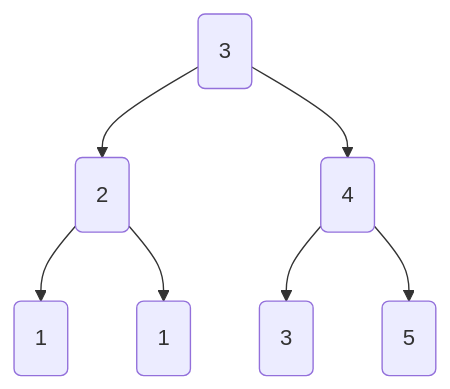
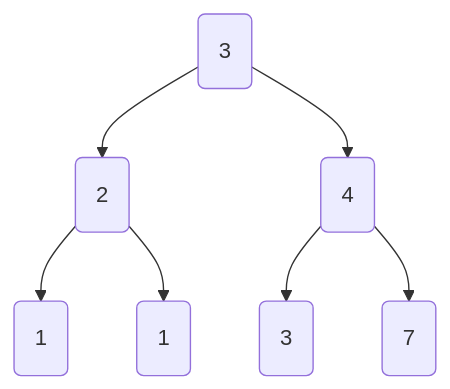
Before and after one commit to nsimeyroneinc/NSITerm2024: the eighth of 9 diagrams in docs/StructureDonnees/test.md, drawn with Mermaid. The commit also changed other lines of this file, not shown here.

````diff
--- a/docs/StructureDonnees/test.md
+++ b/docs/StructureDonnees/test.md
@@ -111,9 +112,9 @@
 ```mermaid
 graph TD
     A(3) --> B(2) 
     B --> D(1)
     B --> E(1)
     A --> C(4)
     C --> F(3)
-    C --> G(5)
+    C --> G(7)
 ```
````
